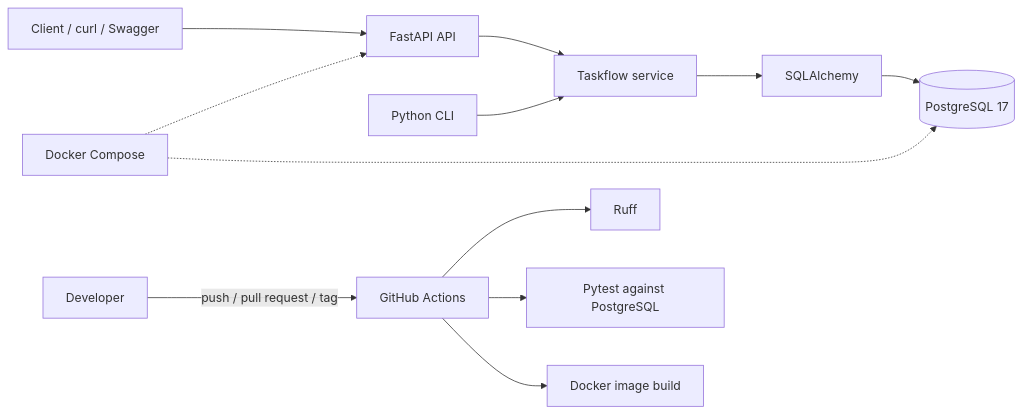
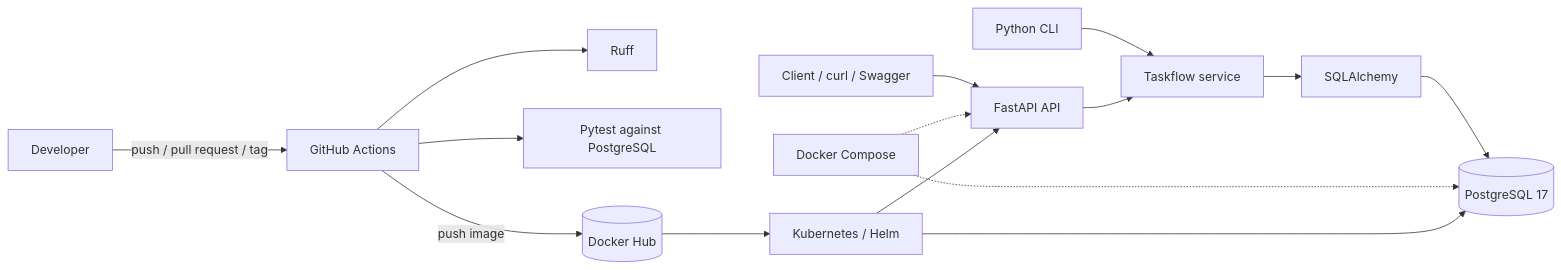
Before and after one commit to zqf20096327/dbhub_collect: the diagram in data/readmes/sanjayadanushka712__TaskFlow.md, drawn with Mermaid. The commit also changed other lines of this file and 255 other files, not shown here.

````diff
--- a/data/readmes/sanjayadanushka712__TaskFlow.md
+++ b/data/readmes/sanjayadanushka712__TaskFlow.md
@@ -47,17 +50,20 @@
 ```mermaid
 flowchart LR
     Client[Client / curl / Swagger] --> API[FastAPI API]
     CLI[Python CLI] --> Service[Taskflow service]
     API --> Service
 
     Service --> ORM[SQLAlchemy]
     ORM --> DB[(PostgreSQL 17)]
 
     Compose[Docker Compose] -.-> API
     Compose -.-> DB
 
     Dev[Developer] -->|push / pull request / tag| CI[GitHub Actions]
     CI --> Lint[Ruff]
     CI --> Tests[Pytest against PostgreSQL]
-    CI --> Image[Docker image build]
+    CI -->|push image| Hub[(Docker Hub)]
+    Hub --> K8s[Kubernetes / Helm]
+    K8s --> API
+    K8s --> DB
 ```
````
